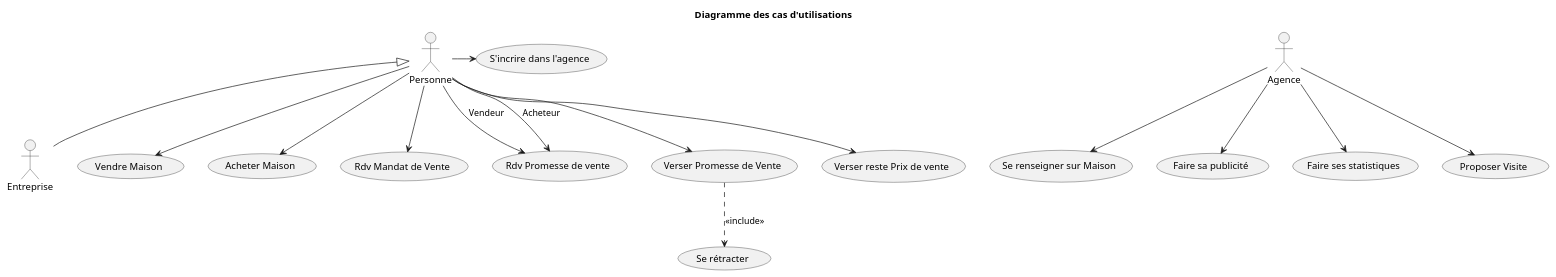
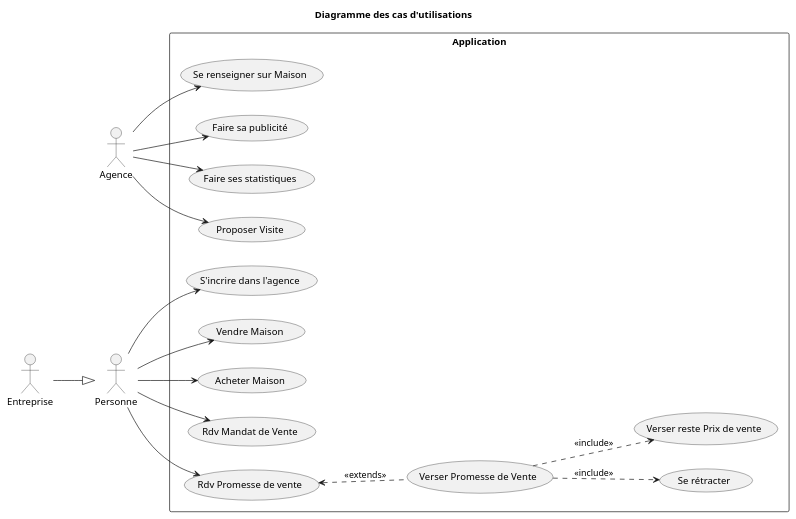
One commit to Arnaud-Sibade-Tlse/ProjetUML_Miashs changed the diagram in DossierConception/UseCase.pu. Above: the diagram before and after it, drawn with PlantUML.

Commit message:
USECASE : V2 version bien

```diff
--- a/DossierConception/UseCase.pu
+++ b/DossierConception/UseCase.pu
@@ -1,38 +1,40 @@
 @startuml
 
 title Diagramme des cas d'utilisations
 
 :Personne: as P
 :Entreprise: as E
 :Agence: as A
 
-(Vendre Maison) as Vendre
-(Acheter Maison) as Acheter
-(S'incrire dans l'agence) As Inscript
-(Rdv Mandat de Vente) as RDVm
-(Se renseigner sur Maison) as getInfoMaison
-(Faire sa publicité) as pub
-(Faire ses statistiques) as stats
-(Rdv Promesse de vente) as RDVp
-(Verser Promesse de Vente) as givePromesse
-(Se rétracter) as retract
-(Verser reste Prix de vente) as giveFull
-(Proposer Visite) as RDVv
+rectangle Application{
+  (Vendre Maison) as Vendre
+  (Acheter Maison) as Acheter
+  (S'incrire dans l'agence) As Inscript
+  (Rdv Mandat de Vente) as RDVm
+  (Se renseigner sur Maison) as getInfoMaison
+  (Faire sa publicité) as pub
+  (Faire ses statistiques) as stats
+  (Rdv Promesse de vente) as RDVp
+  (Verser Promesse de Vente) as givePromesse
+  (Se rétracter) as retract
+  (Verser reste Prix de vente) as giveFull
+  (Proposer Visite) as RDVv
+}
 
-E -up-|> P
 
+left to right direction
+E -down-|> P
 P --> Vendre
 P --> Acheter
 P -> Inscript
 P --> RDVm
 A --> getInfoMaison
 A --> pub
 A --> stats
-P --> RDVp : Vendeur
-P --> RDVp : Acheteur
-P --> givePromesse
+P --> RDVp
+RDVp <.. givePromesse :<<extends>>
 givePromesse ..> retract :<<include>>
-P --> giveFull
+givePromesse ..> giveFull :<<include>>
 A --> RDVv
 
 @enduml
```
